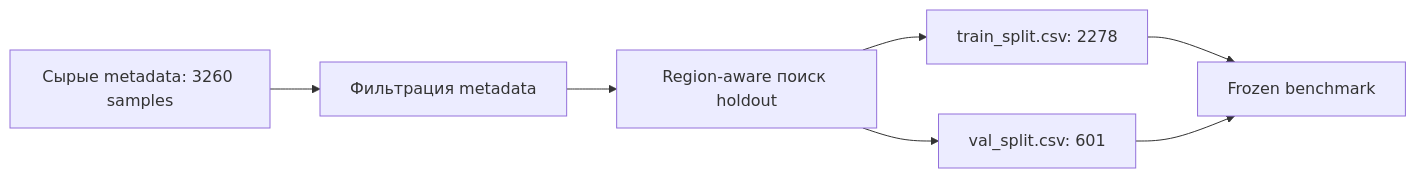
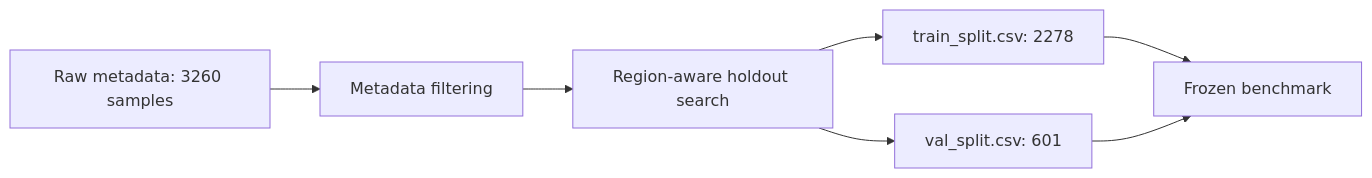
One commit to MataNerdy/Geodata_Archaeology_CV changed the diagram in 03_multiclass_segmentation_deeplab/README.md. Above: the diagram before and after it, drawn with Mermaid. The commit also changed other lines of this file and 9 other files, not shown here.

````diff
--- a/03_multiclass_segmentation_deeplab/README.md
+++ b/03_multiclass_segmentation_deeplab/README.md
@@ -158,9 +150,9 @@
 ```mermaid
 flowchart LR
-    A["Сырые metadata: 3260 samples"] --> B["Фильтрация metadata"]
-    B --> C["Region-aware поиск holdout"]
+    A["Raw metadata: 3260 samples"] --> B["Metadata filtering"]
+    B --> C["Region-aware holdout search"]
     C --> D["train_split.csv: 2278"]
     C --> E["val_split.csv: 601"]
     D --> F["Frozen benchmark"]
     E --> F
 ```
````
